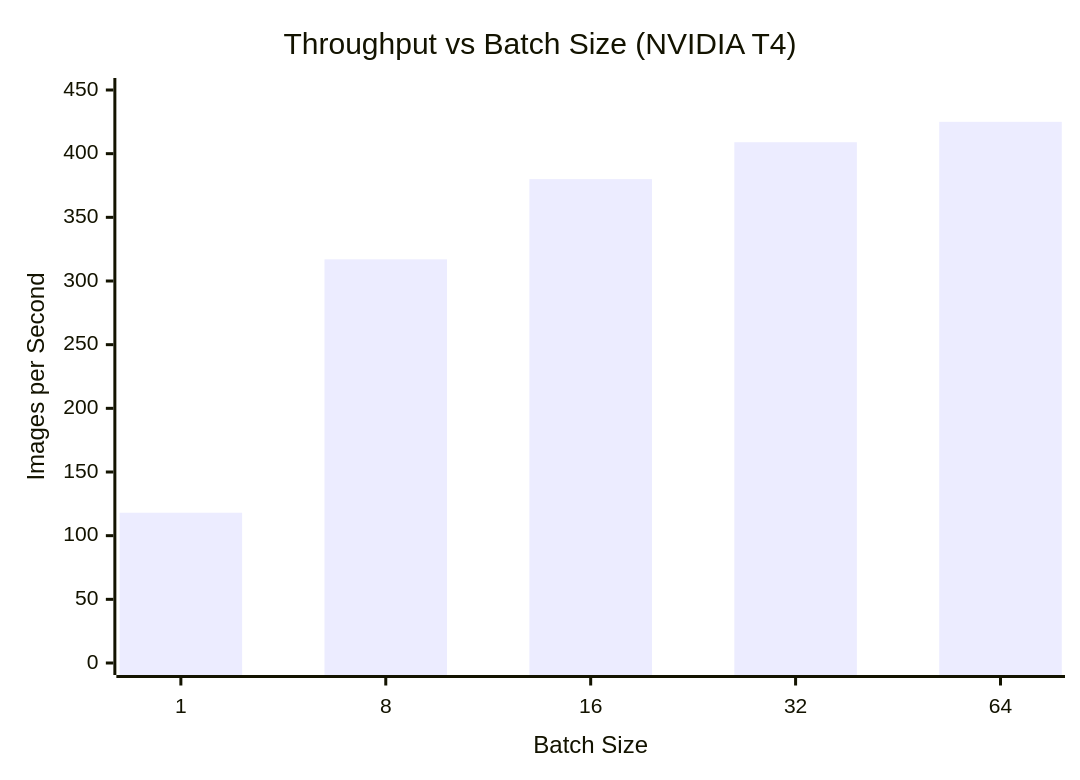
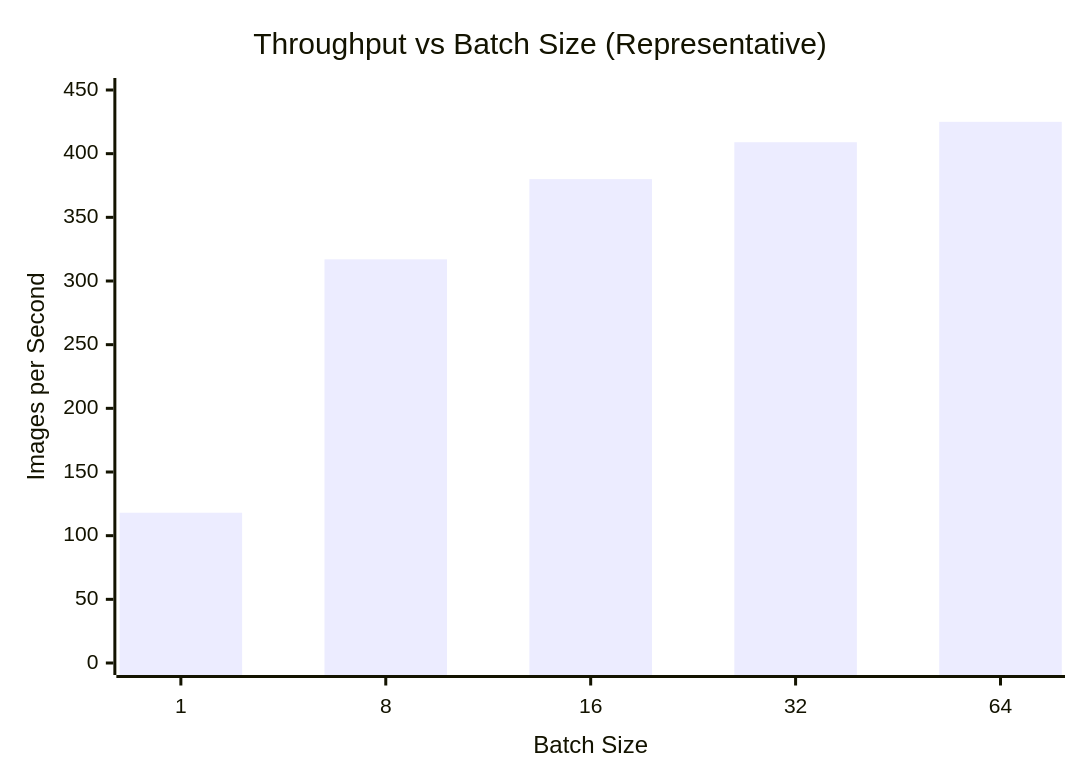
Before and after one commit to rishi02102017/Metafusion-Task: diagram 11 of 11 in README.md, drawn with Mermaid. The commit also changed other lines of this file, not shown here.

````diff
--- a/README.md
+++ b/README.md
@@ -688,7 +690,7 @@
 ```mermaid
 xychart-beta
-    title "Throughput vs Batch Size (NVIDIA T4)"
+    title "Throughput vs Batch Size (Representative)"
     x-axis "Batch Size" [1, 8, 16, 32, 64]
     y-axis "Images per Second" 0 --> 450
     bar [118, 317, 380, 409, 425]
 ```
````
